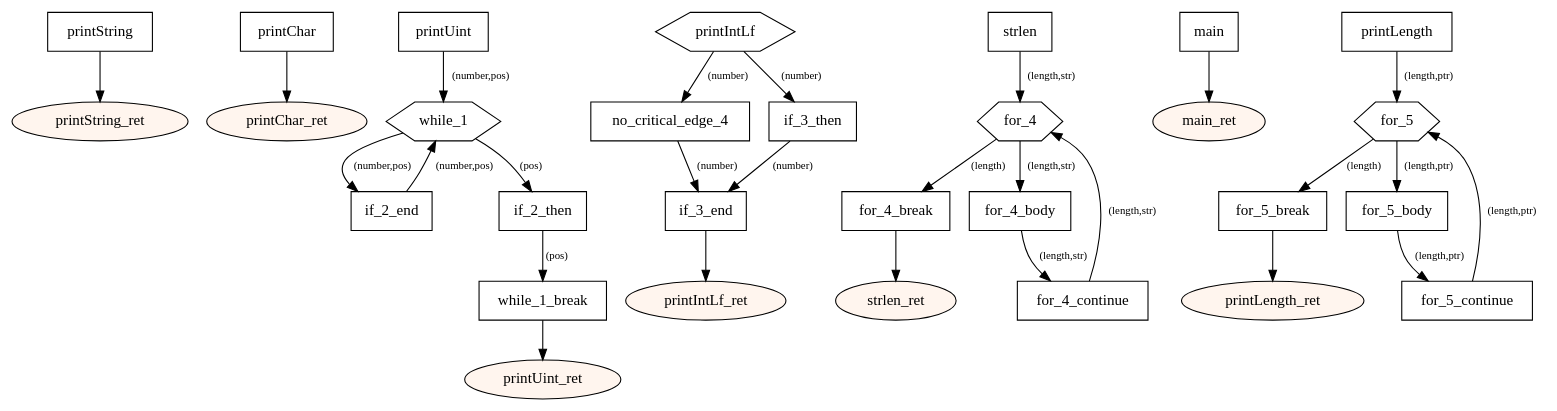
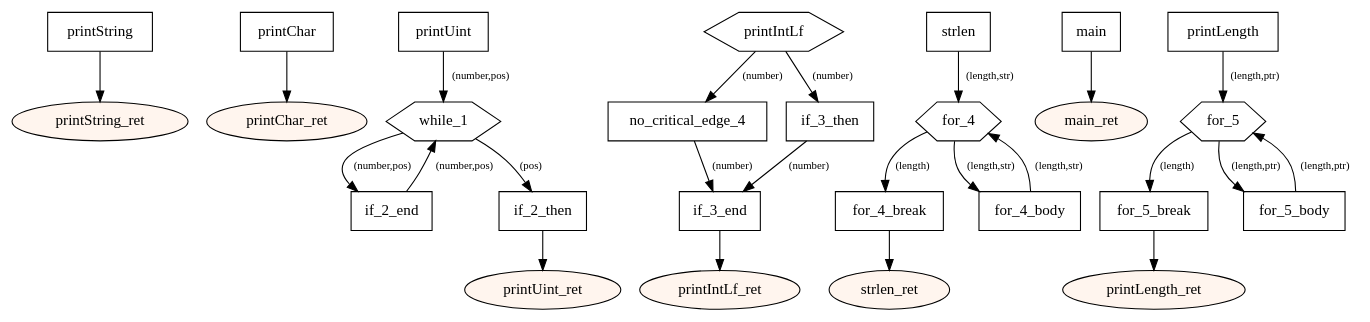
One commit to tmssngr/tinyC changed the diagram in src/main/resources-test/09 strings.dot. Above: the diagram before and after it, drawn with Graphviz. The commit also changed 34 other files, not shown here.

```diff
--- a/src/main/resources-test/09 strings.dot
+++ b/src/main/resources-test/09 strings.dot
@@ -1,72 +1,66 @@
 digraph program {
 	edge[fontsize="10pt"];
 	subgraph fn_printString {
 		BasicBlock_0_printString [label="printString",shape=box];
 		BasicBlock_0_printString -> BasicBlock_0_printString_ret;
 		BasicBlock_0_printString_ret [label="printString_ret",shape=oval,style=filled,fillcolor="#fff5ee"];
 	}
 	subgraph fn_printChar {
 		BasicBlock_1_printChar [label="printChar",shape=box];
 		BasicBlock_1_printChar -> BasicBlock_1_printChar_ret;
 		BasicBlock_1_printChar_ret [label="printChar_ret",shape=oval,style=filled,fillcolor="#fff5ee"];
 	}
 	subgraph fn_printUint {
 		BasicBlock_2_printUint [label="printUint",shape=box];
 		BasicBlock_2_printUint -> BasicBlock_2_while_1 [label="(number,pos)"];
 		BasicBlock_2_while_1 [label="while_1",shape=hexagon];
 		BasicBlock_2_while_1 -> BasicBlock_2_if_2_end [label="(number,pos)"];
 		BasicBlock_2_while_1 -> BasicBlock_2_if_2_then [label="(pos)"];
 		BasicBlock_2_if_2_then [label="if_2_then",shape=box];
-		BasicBlock_2_if_2_then -> BasicBlock_2_while_1_break [label="(pos)"];
-		BasicBlock_2_while_1_break [label="while_1_break",shape=box];
-		BasicBlock_2_while_1_break -> BasicBlock_2_printUint_ret;
+		BasicBlock_2_if_2_then -> BasicBlock_2_printUint_ret;
 		BasicBlock_2_if_2_end [label="if_2_end",shape=box];
 		BasicBlock_2_if_2_end -> BasicBlock_2_while_1 [label="(number,pos)"];
 		BasicBlock_2_printUint_ret [label="printUint_ret",shape=oval,style=filled,fillcolor="#fff5ee"];
 	}
 	subgraph fn_printIntLf {
 		BasicBlock_3_printIntLf [label="printIntLf",shape=hexagon];
 		BasicBlock_3_printIntLf -> BasicBlock_3_no_critical_edge_4 [label="(number)"];
 		BasicBlock_3_printIntLf -> BasicBlock_3_if_3_then [label="(number)"];
 		BasicBlock_3_if_3_then [label="if_3_then",shape=box];
 		BasicBlock_3_if_3_then -> BasicBlock_3_if_3_end [label="(number)"];
 		BasicBlock_3_no_critical_edge_4 [label="no_critical_edge_4",shape=box];
 		BasicBlock_3_no_critical_edge_4 -> BasicBlock_3_if_3_end [label="(number)"];
 		BasicBlock_3_if_3_end [label="if_3_end",shape=box];
 		BasicBlock_3_if_3_end -> BasicBlock_3_printIntLf_ret;
 		BasicBlock_3_printIntLf_ret [label="printIntLf_ret",shape=oval,style=filled,fillcolor="#fff5ee"];
 	}
 	subgraph fn_strlen {
 		BasicBlock_4_strlen [label="strlen",shape=box];
 		BasicBlock_4_strlen -> BasicBlock_4_for_4 [label="(length,str)"];
 		BasicBlock_4_for_4 [label="for_4",shape=hexagon];
 		BasicBlock_4_for_4 -> BasicBlock_4_for_4_break [label="(length)"];
 		BasicBlock_4_for_4 -> BasicBlock_4_for_4_body [label="(length,str)"];
 		BasicBlock_4_for_4_body [label="for_4_body",shape=box];
-		BasicBlock_4_for_4_body -> BasicBlock_4_for_4_continue [label="(length,str)"];
-		BasicBlock_4_for_4_continue [label="for_4_continue",shape=box];
-		BasicBlock_4_for_4_continue -> BasicBlock_4_for_4 [label="(length,str)"];
+		BasicBlock_4_for_4_body -> BasicBlock_4_for_4 [label="(length,str)"];
 		BasicBlock_4_for_4_break [label="for_4_break",shape=box];
 		BasicBlock_4_for_4_break -> BasicBlock_4_strlen_ret;
 		BasicBlock_4_strlen_ret [label="strlen_ret",shape=oval,style=filled,fillcolor="#fff5ee"];
 	}
 	subgraph fn_main {
 		BasicBlock_5_main [label="main",shape=box];
 		BasicBlock_5_main -> BasicBlock_5_main_ret;
 		BasicBlock_5_main_ret [label="main_ret",shape=oval,style=filled,fillcolor="#fff5ee"];
 	}
 	subgraph fn_printLength {
 		BasicBlock_6_printLength [label="printLength",shape=box];
 		BasicBlock_6_printLength -> BasicBlock_6_for_5 [label="(length,ptr)"];
 		BasicBlock_6_for_5 [label="for_5",shape=hexagon];
 		BasicBlock_6_for_5 -> BasicBlock_6_for_5_break [label="(length)"];
 		BasicBlock_6_for_5 -> BasicBlock_6_for_5_body [label="(length,ptr)"];
 		BasicBlock_6_for_5_body [label="for_5_body",shape=box];
-		BasicBlock_6_for_5_body -> BasicBlock_6_for_5_continue [label="(length,ptr)"];
-		BasicBlock_6_for_5_continue [label="for_5_continue",shape=box];
-		BasicBlock_6_for_5_continue -> BasicBlock_6_for_5 [label="(length,ptr)"];
+		BasicBlock_6_for_5_body -> BasicBlock_6_for_5 [label="(length,ptr)"];
 		BasicBlock_6_for_5_break [label="for_5_break",shape=box];
 		BasicBlock_6_for_5_break -> BasicBlock_6_printLength_ret;
 		BasicBlock_6_printLength_ret [label="printLength_ret",shape=oval,style=filled,fillcolor="#fff5ee"];
 	}
 }
```
